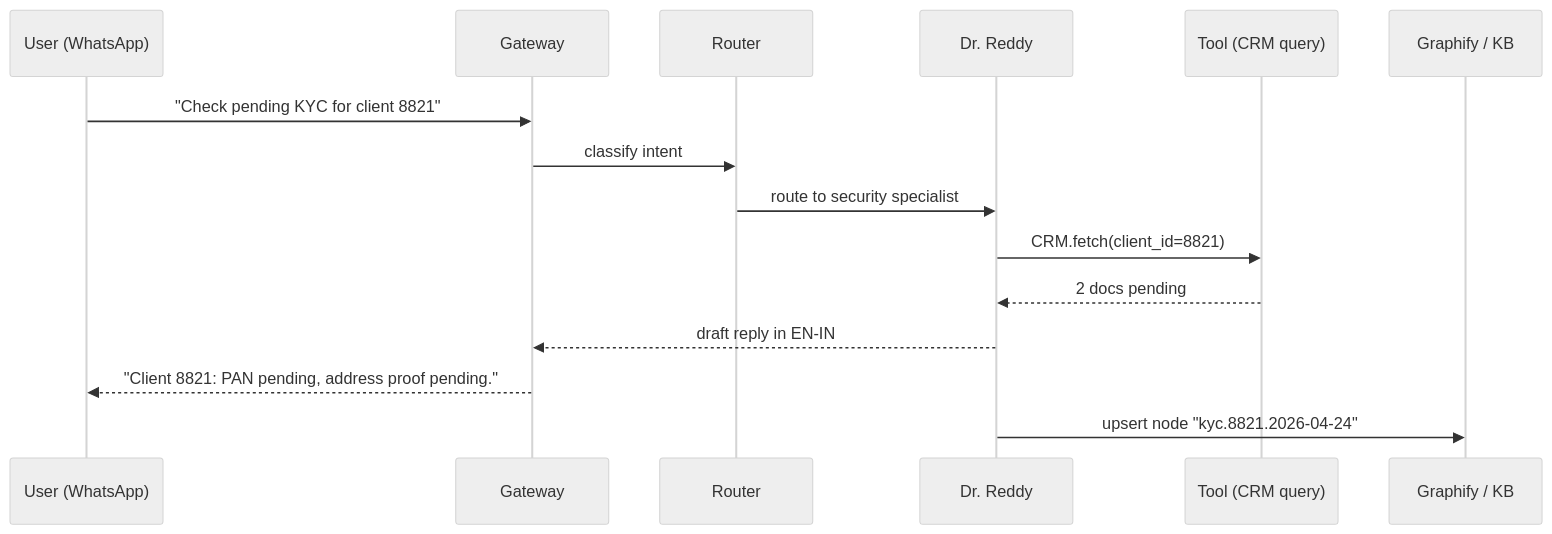
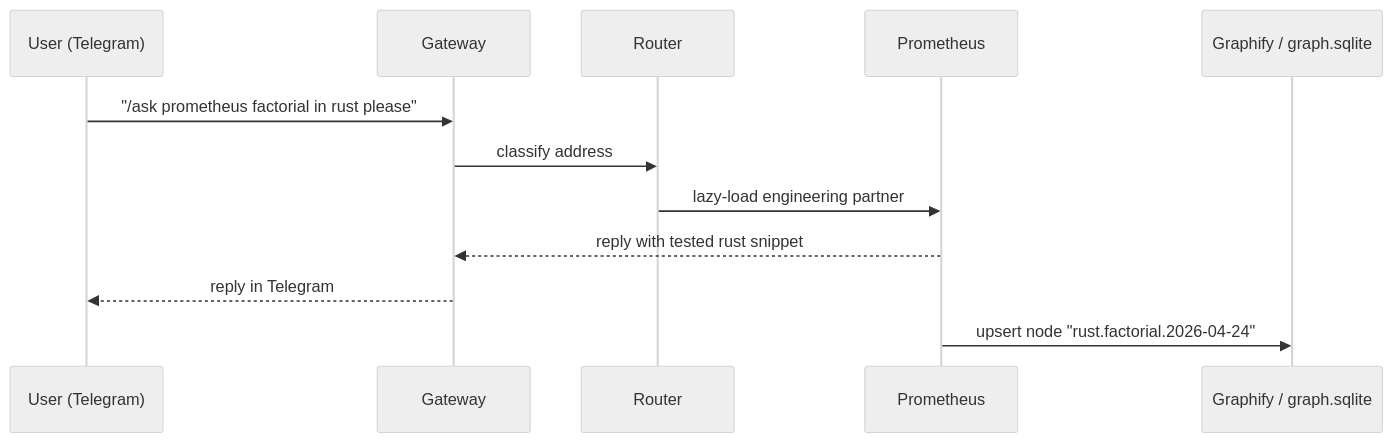
Before and after one commit to darshjme/vyasa-agent: the second of 2 diagrams in README.md, drawn with Mermaid (neutral theme). The commit also changed other lines of this file and 13 other files, not shown here.

````diff
--- a/README.md
+++ b/README.md
@@ -58,17 +66,14 @@
 ```mermaid
 sequenceDiagram
-    participant U as User (WhatsApp)
+    participant U as User (Telegram)
     participant G as Gateway
     participant R as Router
-    participant D as Dr. Reddy
-    participant T as Tool (CRM query)
-    participant K as Graphify / KB
-    U->>G: "Check pending KYC for client 8821"
-    G->>R: classify intent
-    R->>D: route to security specialist
-    D->>T: CRM.fetch(client_id=8821)
-    T-->>D: 2 docs pending
-    D-->>G: draft reply in EN-IN
-    G-->>U: "Client 8821: PAN pending, address proof pending."
-    D->>K: upsert node "kyc.8821.2026-04-24"
+    participant P as Prometheus
+    participant K as Graphify / graph.sqlite
+    U->>G: "/ask prometheus factorial in rust please"
+    G->>R: classify address
+    R->>P: lazy-load engineering partner
+    P-->>G: reply with tested rust snippet
+    G-->>U: reply in Telegram
+    P->>K: upsert node "rust.factorial.2026-04-24"
 ```
````
